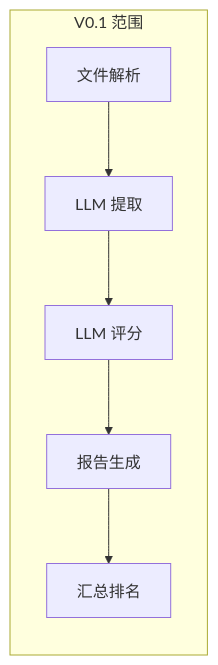
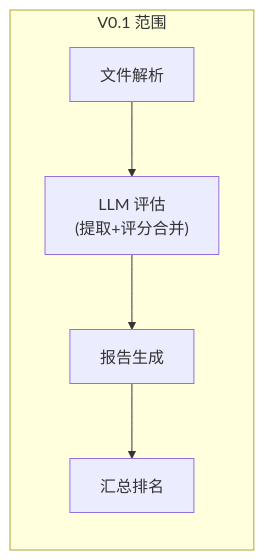
The second of 6 diagrams in docs/roadmap.md (MT-SUPER-POWER/ResumeAgent), drawn with Mermaid before and after one commit. The commit also changed other lines of this file, not shown here.

Commit message:
docs: sync roadmap with V0.2 actual + V0.3 design

````diff
--- a/docs/roadmap.md
+++ b/docs/roadmap.md
@@ -37,9 +37,8 @@
 ```mermaid
 flowchart LR
   subgraph V01["V0.1 范围"]
-    A["文件解析"] --> B["LLM 提取"]
-    B --> C["LLM 评分"]
-    C --> D["报告生成"]
-    D --> E["汇总排名"]
+    A["文件解析"] --> B["LLM 评估<br/>(提取+评分合并)"]
+    B --> C["报告生成"]
+    C --> D["汇总排名"]
   end
 ```
````
